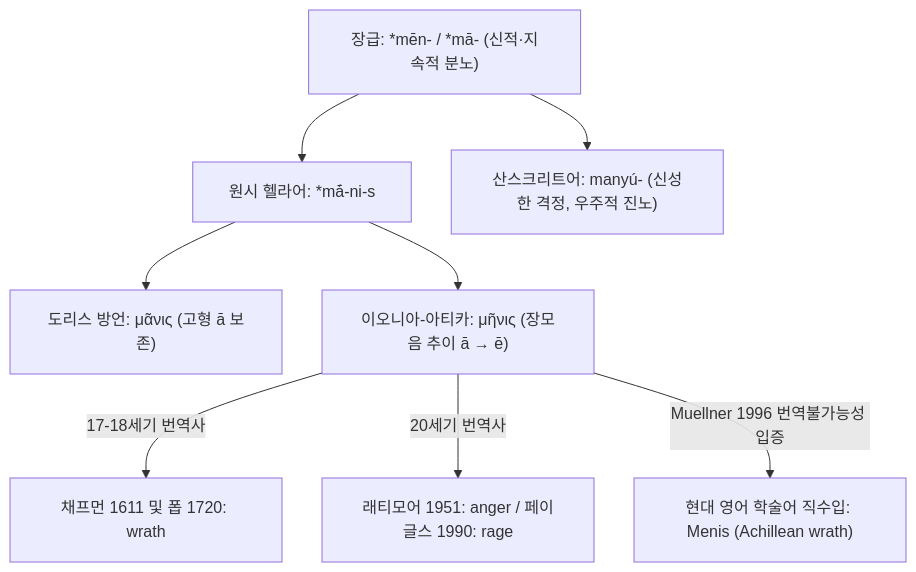
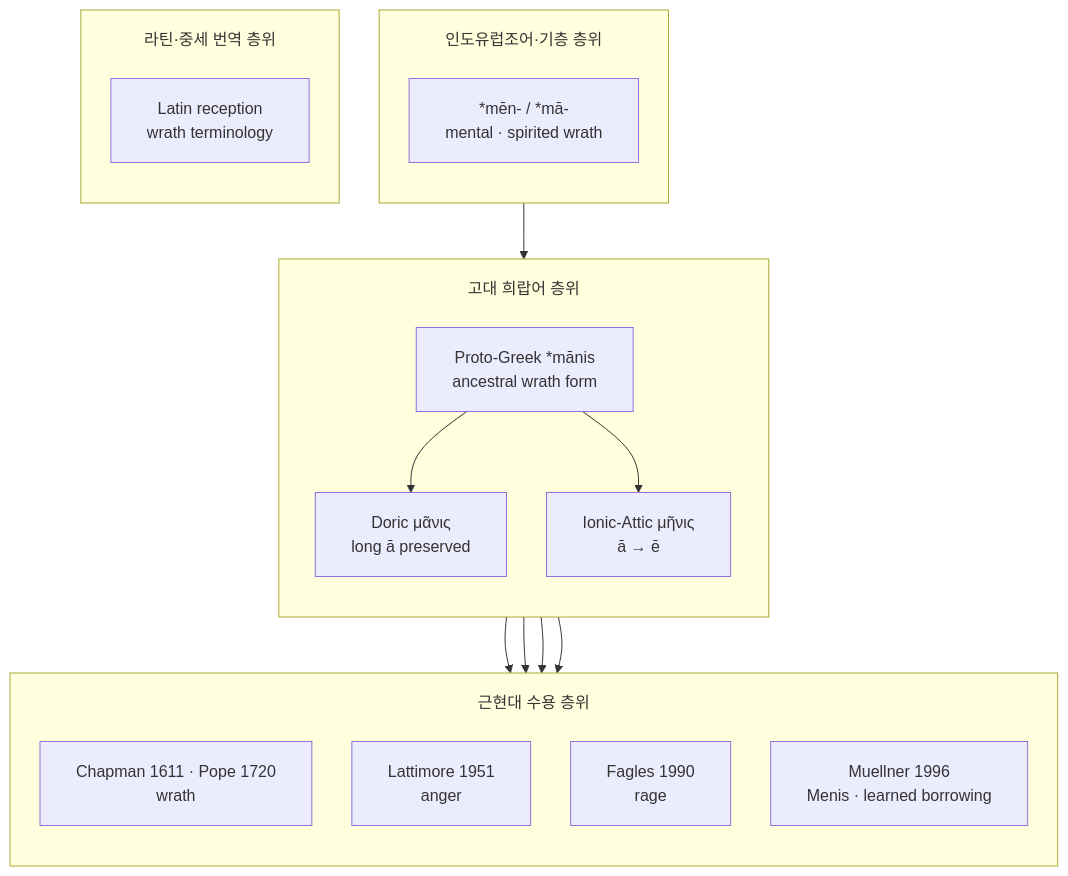
One commit to YgHnSIM/Homer_wiki changed the fourth of 5 diagrams in words/word-menis.md. Above: the diagram before and after it, drawn with Mermaid. The commit also changed other lines of this file, not shown here.

Commit message:
refactor(word-menis): Type C etymology Mermaid

````diff
--- a/words/word-menis.md
+++ b/words/word-menis.md
@@ -111,12 +169,32 @@
 ```mermaid
 %%{init: {'flowchart': {'useMaxWidth': true, 'nodeSpacing': 40, 'rankSpacing': 56, 'padding': 18, 'subGraphTitleMargin': {'top': 18, 'bottom': 10}}}}%%
 flowchart TD
-    LENG["장급: *mēn- / *mā- (신적·지속적 분노)"]
-    LENG --> PGRK_MANIS["원시 헬라어: *mā́-ni-s"]
-    LENG --> SAN_MANYU["산스크리트어: manyú- (신성한 격정, 우주적 진노)"]
-    PGRK_MANIS --> DOR_MANIS["도리스 방언: μᾶνις (고형 ā 보존)"]
-    PGRK_MANIS --> ION_MENIS["이오니아-아티카: μῆνις (장모음 추이 ā → ē)"]
-    ION_MENIS -->|17-18세기 번역사| TRANS_WRATH["채프먼 1611 및 폽 1720: wrath"]
-    ION_MENIS -->|20세기 번역사| TRANS_ANGER["래티모어 1951: anger / 페이글스 1990: rage"]
-    ION_MENIS -->|Muellner 1996 번역불가능성 입증| MOD_MENIS["현대 영어 학술어 직수입: Menis (Achillean wrath)"]
+    subgraph PIE_Stage ["인도유럽조어·기층 층위"]
+        direction TB
+        LENG["*mēn- / *mā-<br/>mental · spirited wrath"]:::substrate
+    end
+    subgraph Greek_Stage ["고대 희랍어 층위"]
+        direction TB
+        PGRK["Proto-Greek *mānis<br/>ancestral wrath form"]:::variant
+        DOR["Doric μᾶνις<br/>long ā preserved"]:::greek
+        ION["Ionic-Attic μῆνις<br/>ā → ē"]:::focus
+        PGRK --> DOR
+        PGRK --> ION
+    end
+    subgraph Latin_Stage ["라틴·중세 번역 층위"]
+        direction TB
+        LAT["Latin reception<br/>wrath terminology"]:::latin
+    end
+    subgraph Modern_Stage ["근현대 수용 층위"]
+        direction TB
+        WRATH["Chapman 1611 · Pope 1720<br/>wrath"]:::english
+        ANGER["Lattimore 1951<br/>anger"]:::english
+        RAGE["Fagles 1990<br/>rage"]:::english
+        MENIS["Muellner 1996<br/>Menis · learned borrowing"]:::english
+        ION --> WRATH
+        ION --> ANGER
+        ION --> RAGE
+        ION --> MENIS
+    end
+    LENG --> PGRK
 ```
````
